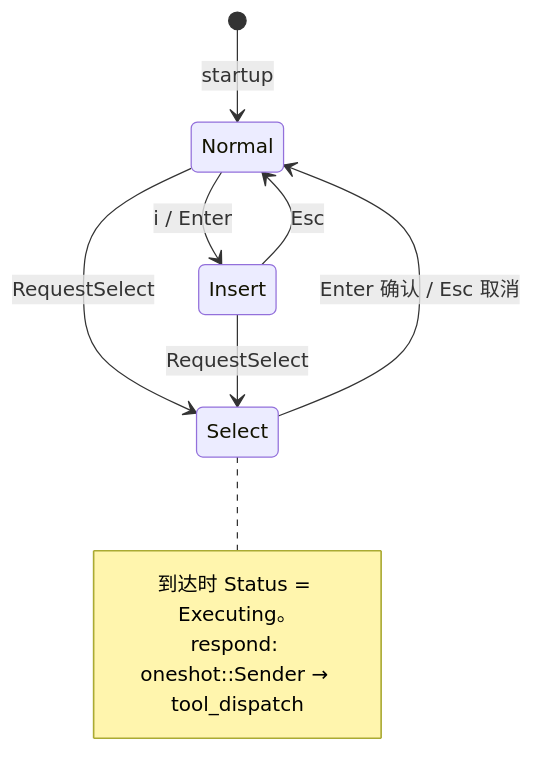
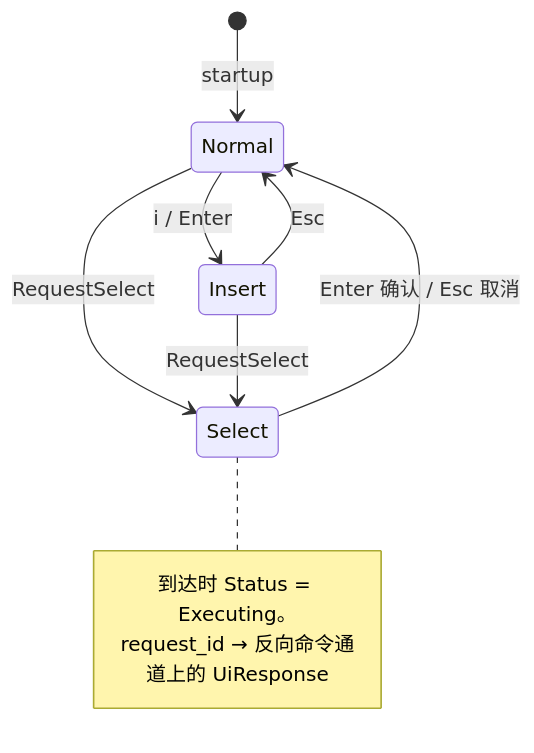
Before and after one commit to rust-infra/tact: the sixth of 9 diagrams in book/25_chapter_protocol_zh.md, drawn with Mermaid. The commit also changed other lines of this file and 31 other files, not shown here.

````diff
--- a/book/25_chapter_protocol_zh.md
+++ b/book/25_chapter_protocol_zh.md
@@ -284,16 +297,16 @@
 ```mermaid
 stateDiagram-v2
     [*] --> Normal: startup
 
     Normal --> Insert: i / Enter
     Insert --> Normal: Esc
 
     Normal --> Select: RequestSelect
     Insert --> Select: RequestSelect
     Select --> Normal: Enter 确认 / Esc 取消
 
     note right of Select
         到达时 Status = Executing。
-        respond: oneshot::Sender → tool_dispatch
+        request_id → 反向命令通道上的 UiResponse
     end note
 ```
````
